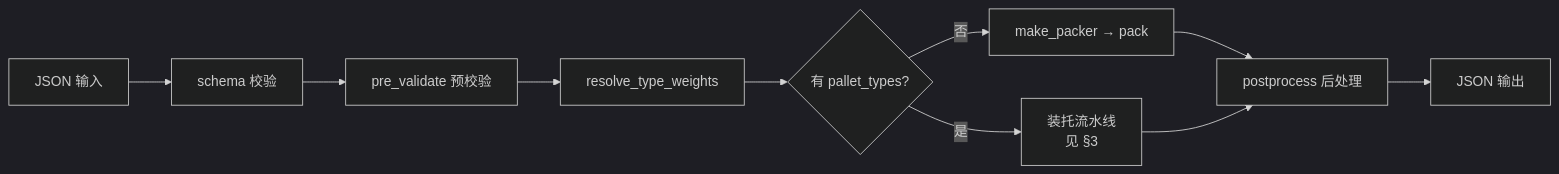
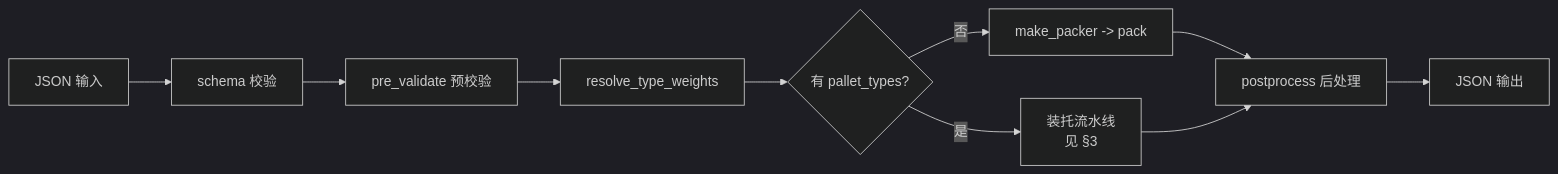
One commit to chen-qingyu/pack3d changed the first of 3 diagrams in docs/architecture.md. Above: the diagram before and after it, drawn with Mermaid (dark theme). The commit also changed other lines of this file and 7 other files, not shown here.

````diff
--- a/docs/architecture.md
+++ b/docs/architecture.md
@@ -9,12 +9,12 @@
 ```mermaid
 flowchart LR
   A[JSON 输入] --> B[schema 校验]
   B --> C[pre_validate 预校验]
   C --> D[resolve_type_weights]
   D --> E{有 pallet_types?}
-  E -->|否| F[make_packer → pack]
+  E -->|否| F[make_packer -> pack]
   E -->|是| G[装托流水线<br/>见 §3]
   F --> H[postprocess 后处理]
   G --> H
   H --> I[JSON 输出]
 ```
````
